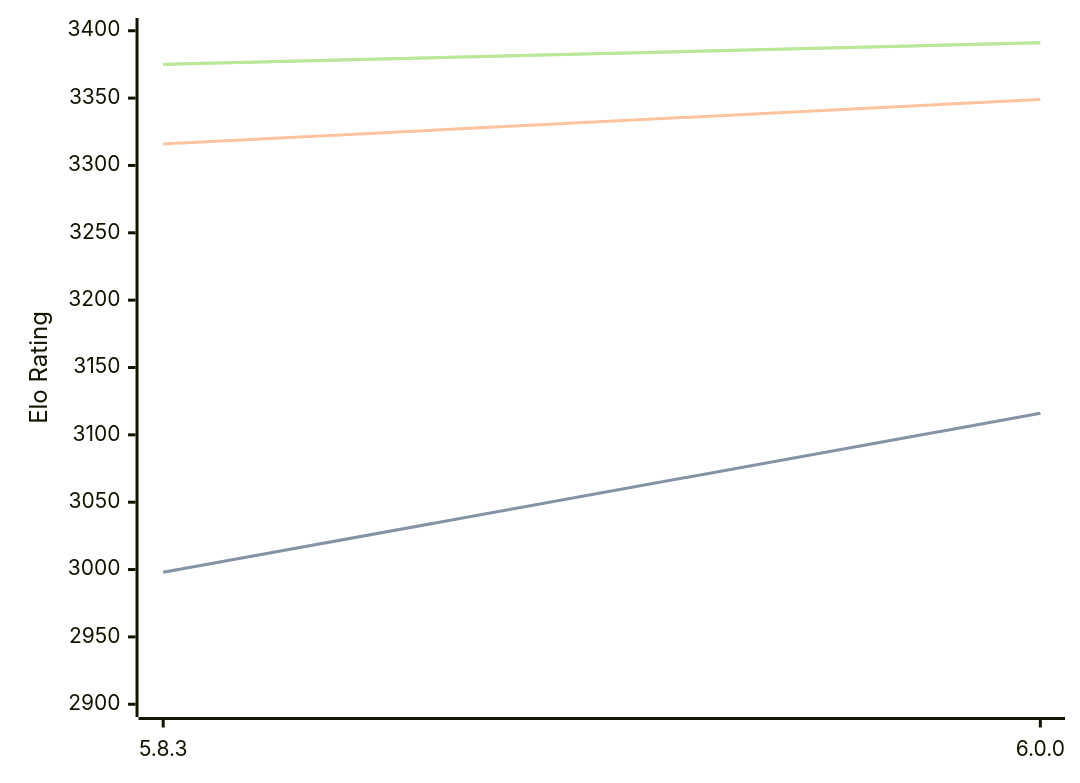
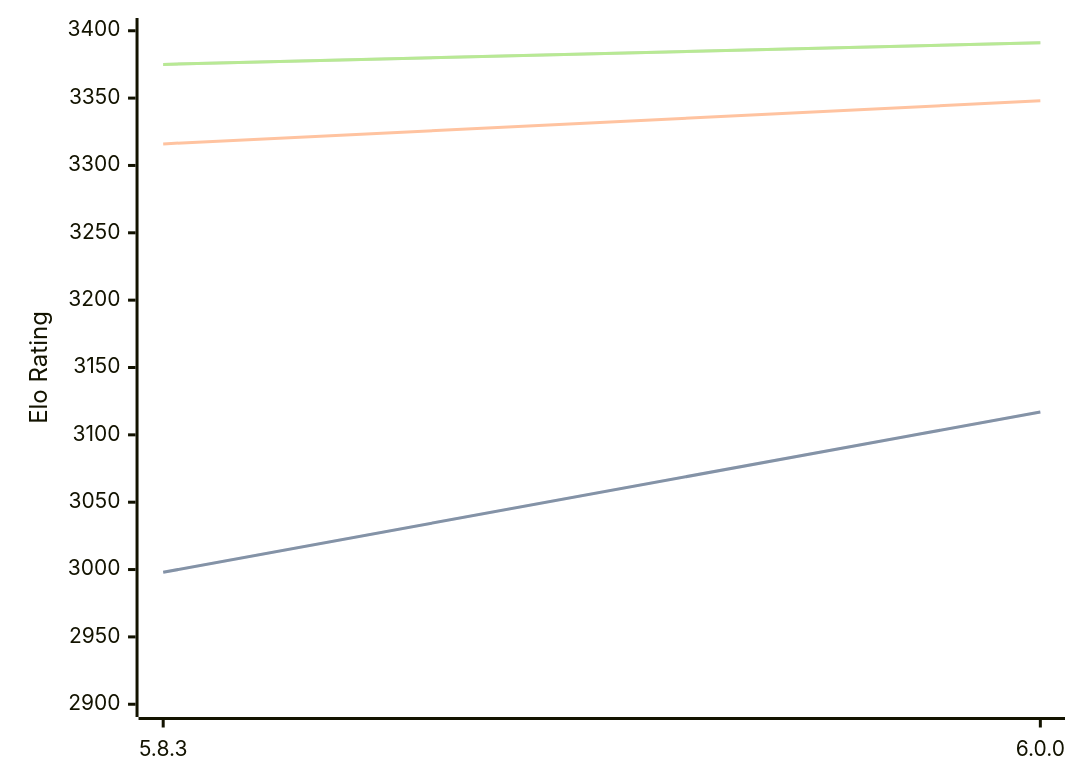
Before and after one commit to computer-chess-index/cci: the diagram in engines/Zigqueen.md, drawn with Mermaid. The commit also changed other lines of this file, not shown here.

````diff
--- a/engines/Zigqueen.md
+++ b/engines/Zigqueen.md
@@ -35,11 +35,11 @@
 ```mermaid
 %%{init: {"theme":"base","themeVariables":{"seriesColors:['#a3a3a3','#222221','#faa371']}}}%%
 xychart-beta
   x-axis ["5.8.3", "6.0.0"]
   y-axis "Elo Rating" 2900 --> 3400
-  line "" [2998, 3116]
-  line "STC (8.0+0.08s)" [2998, 3116]
-  line "LTC (60.0+0.60s)" [3316, 3349]
+  line "" [2998, 3117]
+  line "STC (8.0+0.08s)" [2998, 3117]
+  line "LTC (60.0+0.60s)" [3316, 3348]
   line "" [3375, 3391]
   line "VLTC (2m24s+1.12s)" [3375, 3391]
 ```
````
